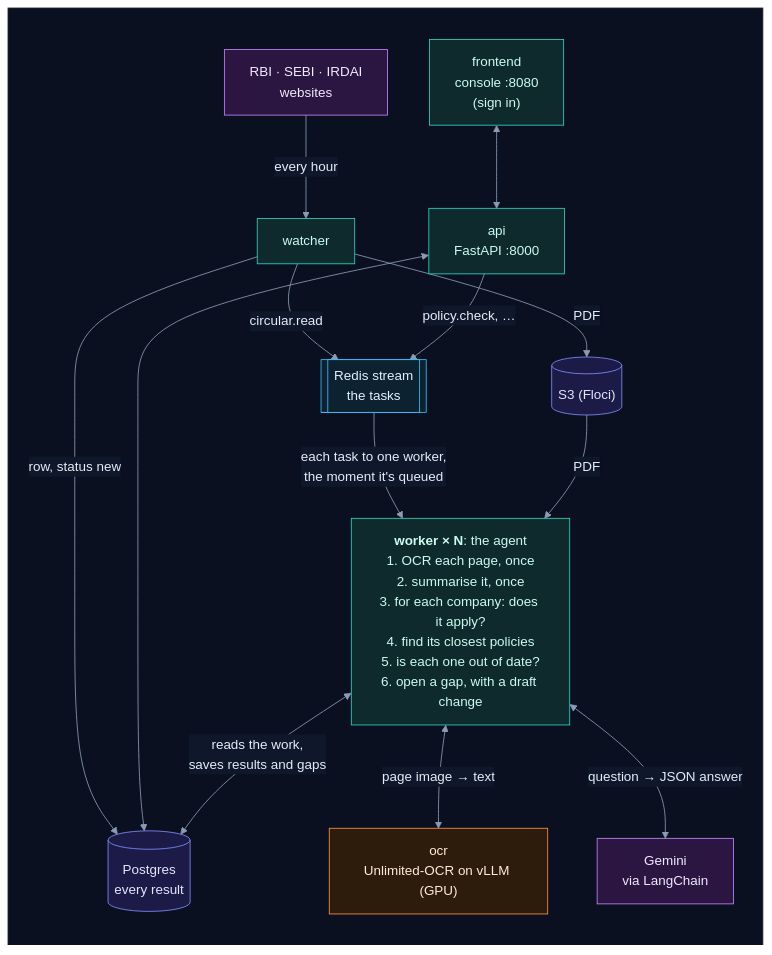
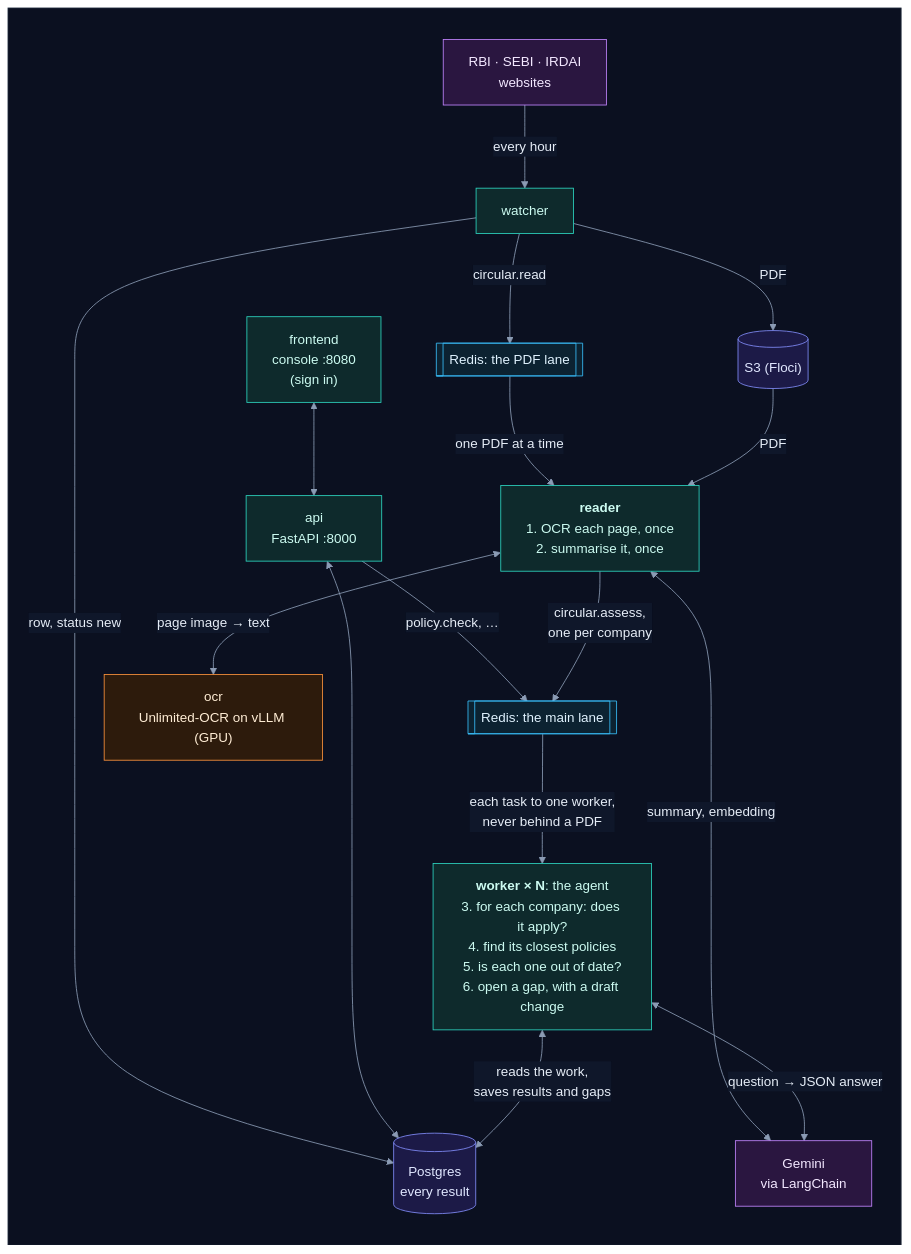
The diagram in README.md (selvakumarperumal/Regulatory_Circular_Impact_Agent), drawn with Mermaid before and after one commit. The commit also changed other lines of this file and 7 other files, not shown here.

Commit message:
Document the PDF lane and the main lane

````diff
--- a/README.md
+++ b/README.md
@@ -13,35 +13,38 @@
 ```mermaid
 %%{init: {"theme": "base", "flowchart": {"diagramPadding": 0}, "themeVariables": {"darkMode": true, "primaryColor": "#16213a", "primaryTextColor": "#e6edf7", "primaryBorderColor": "#475a7a", "lineColor": "#8b9bb4", "secondaryColor": "#1b2436", "tertiaryColor": "#101a2e", "edgeLabelBackground": "#0f172a", "textColor": "#e2e8f0", "clusterBkg": "#0f1728", "clusterBorder": "#2b3a55", "titleColor": "#c4b5fd", "nodeTextColor": "#e6edf7"}}}%%
 flowchart TD
     subgraph canvas[" "]
         direction TB
         sites["RBI · SEBI · IRDAI<br/>websites"] -->|"every hour"| W["watcher"]
         W -->|PDF| S3[("S3 (Floci)")]
         W -->|"row, status new"| DB[("Postgres<br/>every result")]
-        W -->|"circular.read"| Q[["Redis stream<br/>the tasks"]]
+        W -->|"circular.read"| QP[["Redis: the PDF lane"]]
         F["frontend<br/>console :8080<br/>(sign in)"] <--> A["api<br/>FastAPI :8000"]
         A <--> DB
-        A -->|"policy.check, …"| Q
-        Q -->|"each task to one worker,<br/>the moment it's queued"| K["<b>worker × N</b>: the agent<br/>1. OCR each page, once<br/>2. summarise it, once<br/>3. for each company: does it apply?<br/>4. find its closest policies<br/>5. is each one out of date?<br/>6. open a gap, with a draft change"]
-        S3 -->|PDF| K
+        A -->|"policy.check, …"| QM[["Redis: the main lane"]]
+        QP -->|"one PDF at a time"| R["<b>reader</b><br/>1. OCR each page, once<br/>2. summarise it, once"]
+        S3 -->|PDF| R
+        R <-->|"page image → text"| O["ocr<br/>Unlimited-OCR on vLLM (GPU)"]
+        R -->|"circular.assess,<br/>one per company"| QM
+        QM -->|"each task to one worker,<br/>never behind a PDF"| K["<b>worker × N</b>: the agent<br/>3. for each company: does it apply?<br/>4. find its closest policies<br/>5. is each one out of date?<br/>6. open a gap, with a draft change"]
+        R <-->|"summary, embedding"| G["Gemini<br/>via LangChain"]
+        K <-->|"question → JSON answer"| G
         K <-->|"reads the work,<br/>saves results and gaps"| DB
-        K <-->|"page image → text"| O["ocr<br/>Unlimited-OCR on vLLM (GPU)"]
-        K <-->|"question → JSON answer"| G["Gemini<br/>via LangChain"]
     end
     classDef svc fill:#0e2a2c,stroke:#2dd4bf,color:#ccfbf1
     classDef data fill:#1c1a47,stroke:#818cf8,color:#e0e7ff
     classDef ext fill:#2a1640,stroke:#c084fc,color:#f3e8ff
     classDef gpu fill:#2d1b0c,stroke:#fb923c,color:#ffedd5
     classDef ask fill:#2a2410,stroke:#fbbf24,color:#fef3c7
     classDef ok fill:#0b2a1c,stroke:#34d399,color:#d1fae5
     classDef bad fill:#2e0f17,stroke:#fb7185,color:#ffe4e6
     classDef start fill:#1c2a0e,stroke:#a7ef6f,color:#ecfccb
     classDef muted fill:#1a2130,stroke:#64748b,color:#cbd5e1
     classDef queue fill:#0c2231,stroke:#38bdf8,color:#e0f2fe
-    class W,A,F,K svc
+    class W,A,F,R,K svc
     class S3,DB data
-    class Q queue
+    class QP,QM queue
     class sites,G ext
     class O gpu
     style canvas fill:#0b1020,stroke:#1e293b,color:#0b1020
 ```
````
